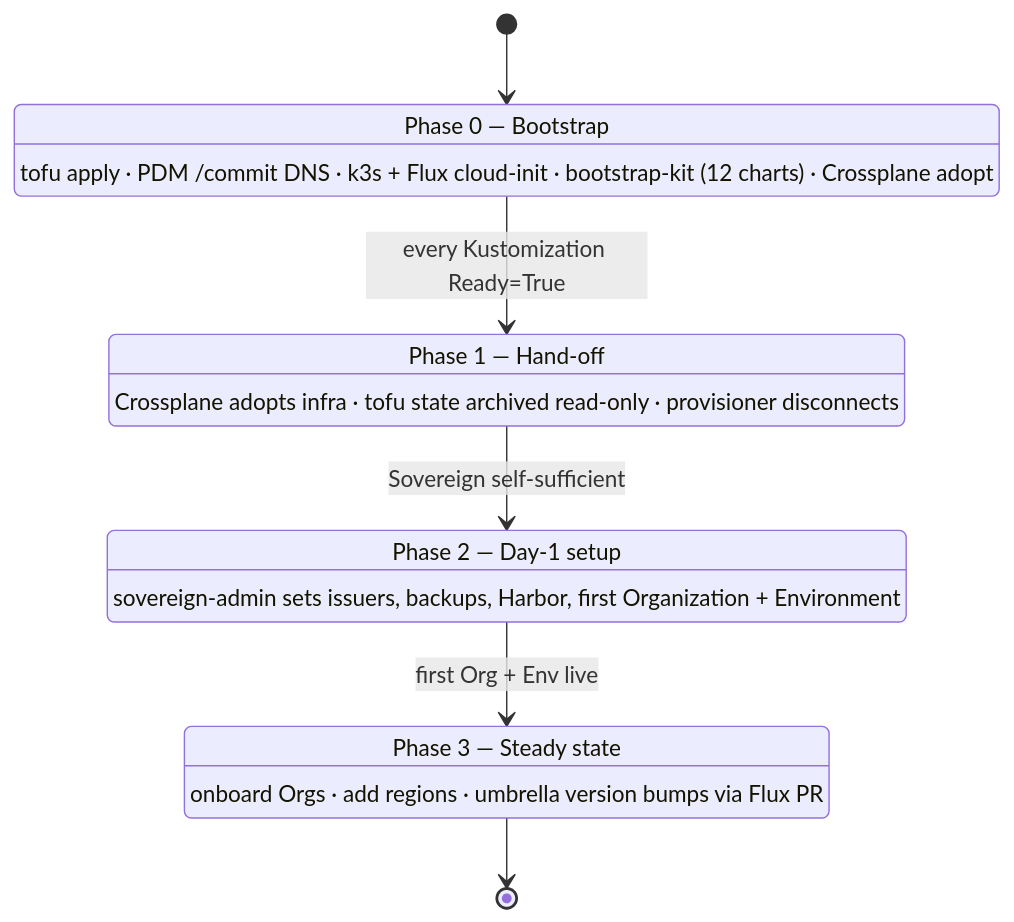
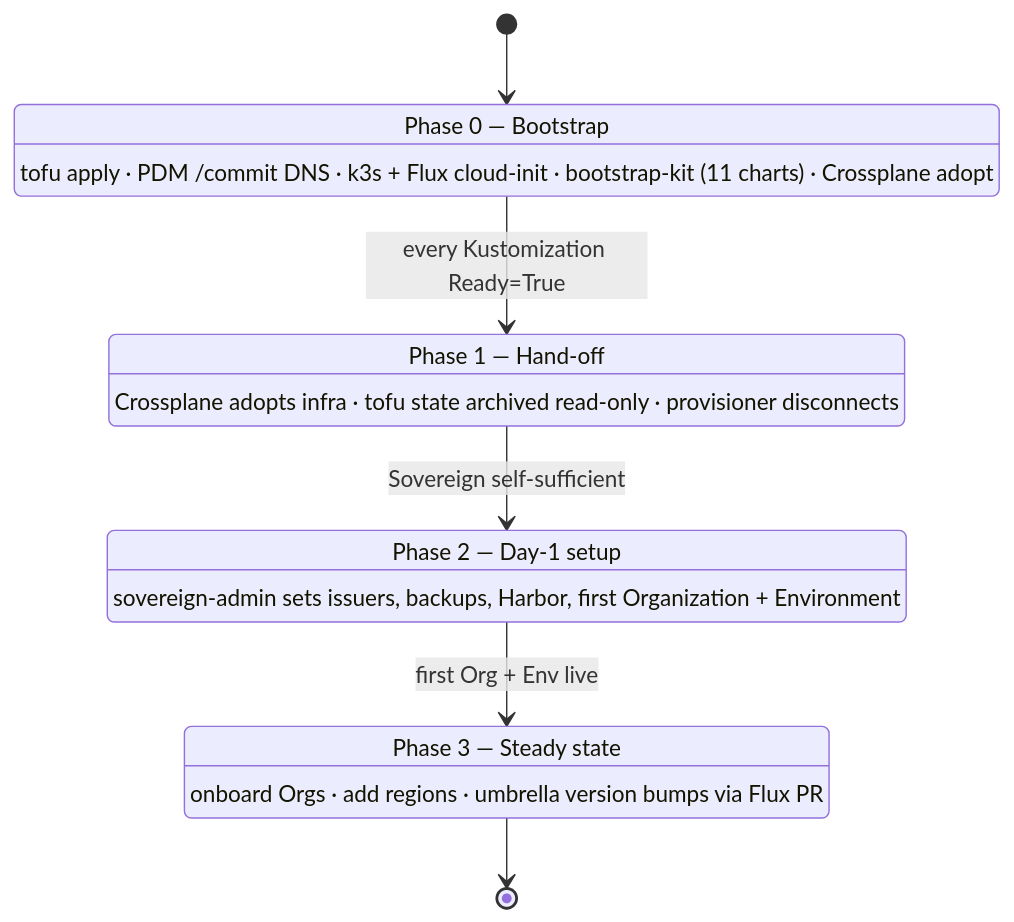
Before and after one commit to openova-io/openova: diagram 13 of 13 in docs/RUNBOOKS.md, drawn with Mermaid. The commit also changed other lines of this file and 101 other files, not shown here.

````diff
--- a/docs/RUNBOOKS.md
+++ b/docs/RUNBOOKS.md
@@ -1853,16 +1855,16 @@
 ```mermaid
 stateDiagram-v2
   [*] --> Phase0
   Phase0: Phase 0 — Bootstrap
-  Phase0: tofu apply · PDM /commit DNS · k3s + Flux cloud-init · bootstrap-kit (12 charts) · Crossplane adopt
+  Phase0: tofu apply · PDM /commit DNS · k3s + Flux cloud-init · bootstrap-kit (11 charts) · Crossplane adopt
   Phase0 --> Phase1: every Kustomization Ready=True
   Phase1: Phase 1 — Hand-off
   Phase1: Crossplane adopts infra · tofu state archived read-only · provisioner disconnects
   Phase1 --> Phase2: Sovereign self-sufficient
   Phase2: Phase 2 — Day-1 setup
   Phase2: sovereign-admin sets issuers, backups, Harbor, first Organization + Environment
   Phase2 --> Phase3: first Org + Env live
   Phase3: Phase 3 — Steady state
   Phase3: onboard Orgs · add regions · umbrella version bumps via Flux PR
   Phase3 --> [*]
 ```
````
